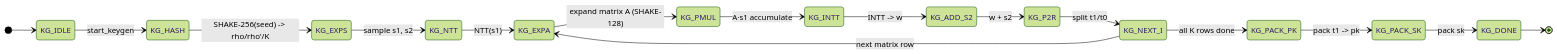
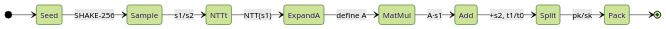
Before and after one commit to abhinavsasivala02-git/mldsa65-hardware: the first of 3 diagrams in README.md, drawn with Mermaid (forest theme). The commit also changed other lines of this file, not shown here.

Commit message:
README: make FSM diagrams compact horizontal phase-chains

````diff
--- a/README.md
+++ b/README.md
@@ -57,19 +57,13 @@
 ```mermaid
 stateDiagram-v2
     direction LR
-    [*] --> KG_IDLE
-    KG_IDLE --> KG_HASH : start_keygen
-    KG_HASH --> KG_EXPS : SHAKE-256(seed) -> rho/rho'/K
-    KG_EXPS --> KG_NTT : sample s1, s2
-    KG_NTT --> KG_EXPA : NTT(s1)
-    KG_EXPA --> KG_PMUL : expand matrix A (SHAKE-128)
-    KG_PMUL --> KG_INTT : A·s1 accumulate
-    KG_INTT --> KG_ADD_S2 : INTT -> w
-    KG_ADD_S2 --> KG_P2R : w + s2
-    KG_P2R --> KG_NEXT_I : split t1/t0
-    KG_NEXT_I --> KG_EXPA : next matrix row
-    KG_NEXT_I --> KG_PACK_PK : all K rows done
-    KG_PACK_PK --> KG_PACK_SK : pack t1 -> pk
-    KG_PACK_SK --> KG_DONE : pack sk
-    KG_DONE --> [*]
+    [*] --> Seed
+    Seed --> Sample : SHAKE-256
+    Sample --> NTTt : s1/s2
+    NTTt --> ExpandA : NTT(s1)
+    ExpandA --> MatMul : define A
+    MatMul --> Add : A·s1
+    Add --> Split : +s2, t1/t0
+    Split --> Pack : pk/sk
+    Pack --> [*]
 ```
````
